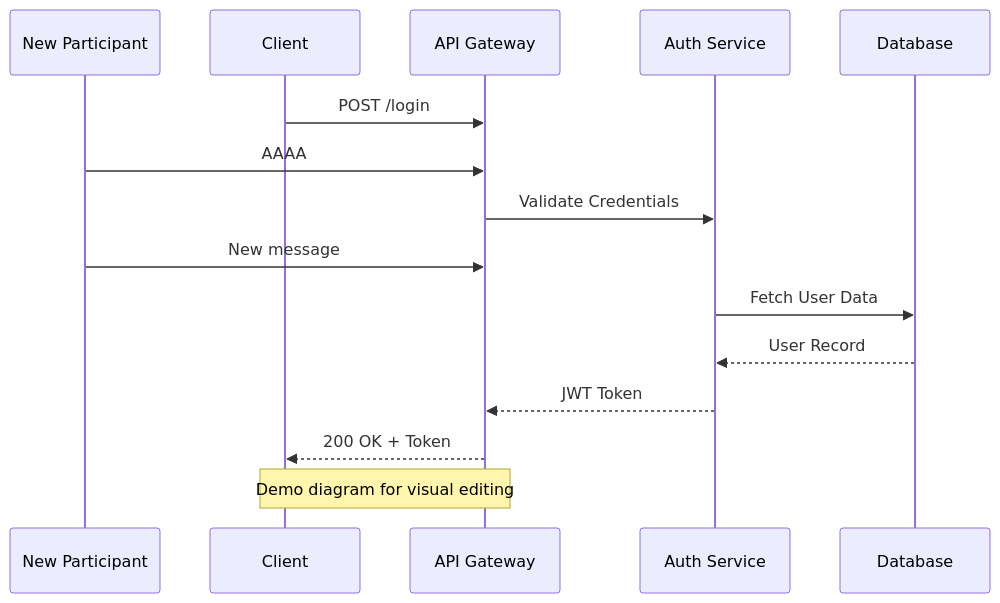
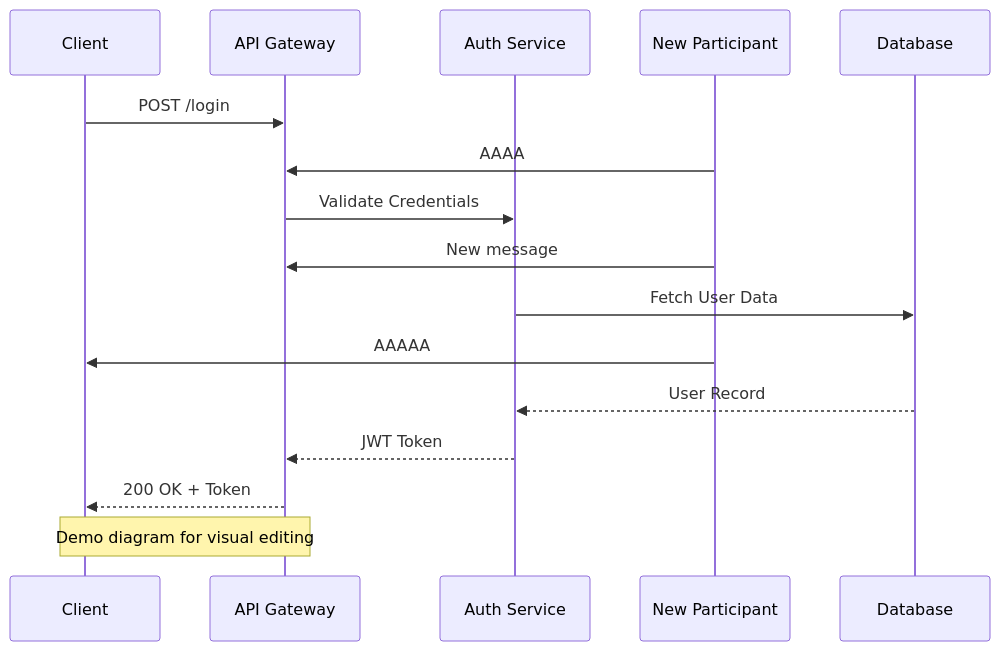
The diagram in diagrams/editing-demo.mmd (stanimirovv/foliant), drawn with Mermaid before and after one commit. The commit also changed 4 other files, not shown here.

```diff
--- a/diagrams/editing-demo.mmd
+++ b/diagrams/editing-demo.mmd
@@ -1,18 +1,19 @@
-%% CONFIG: {"version":1,"notes":[{"id":"note_1791746502651_4pzj6","x":-211,"y":-74,"text":"asdasd\nasdasd\nasdas","color":"blue"}],"arrows":[{"from":"New1","to":"API","label":"AAAA","color":"#00ff9d","animation":"pulse"},{"from":"API","to":"Auth","label":"Validate Credentials","color":"#ff1744","animation":"broken-receiver"}]}
+%% CONFIG: {"version":1,"notes":[{"id":"note_1791746502651_4pzj6","x":-211,"y":-74,"text":"asdasd\nasdasd\nasdas","color":"blue"}],"arrows":[{"from":"New1","to":"API","label":"AAAA","color":"#00ff9d","animation":"pulse"},{"from":"API","to":"Auth","label":"Validate Credentials","color":"#ff1744","animation":"broken-receiver"},{"from":"New1","to":"C","label":"AAAAA","color":"#ff2a85","animation":"broken-network"}],"actors":{"Auth":{"keys":["backend1"]},"New1":{"keys":["backend1"]},"DB":{"keys":["backend1"]}},"views":[{"name":"AAAA","hiddenPaths":[],"mergeCleanKeys":["backend1"]}]}
 sequenceDiagram
-    participant New1 as New Participant
     participant C as Client
     participant API as API Gateway
     participant Auth as Auth Service
+    participant New1 as New Participant
     participant DB as Database
 
     C->>API: POST /login
     New1->>API: AAAA
     API->>Auth: Validate Credentials
     New1->>API: New message
     Auth->>DB: Fetch User Data
+    New1->>C: AAAAA
     DB-->>Auth: User Record
     Auth-->>API: JWT Token
     API-->>C: 200 OK + Token
 
     Note over C,API: Demo diagram for visual editing
```
